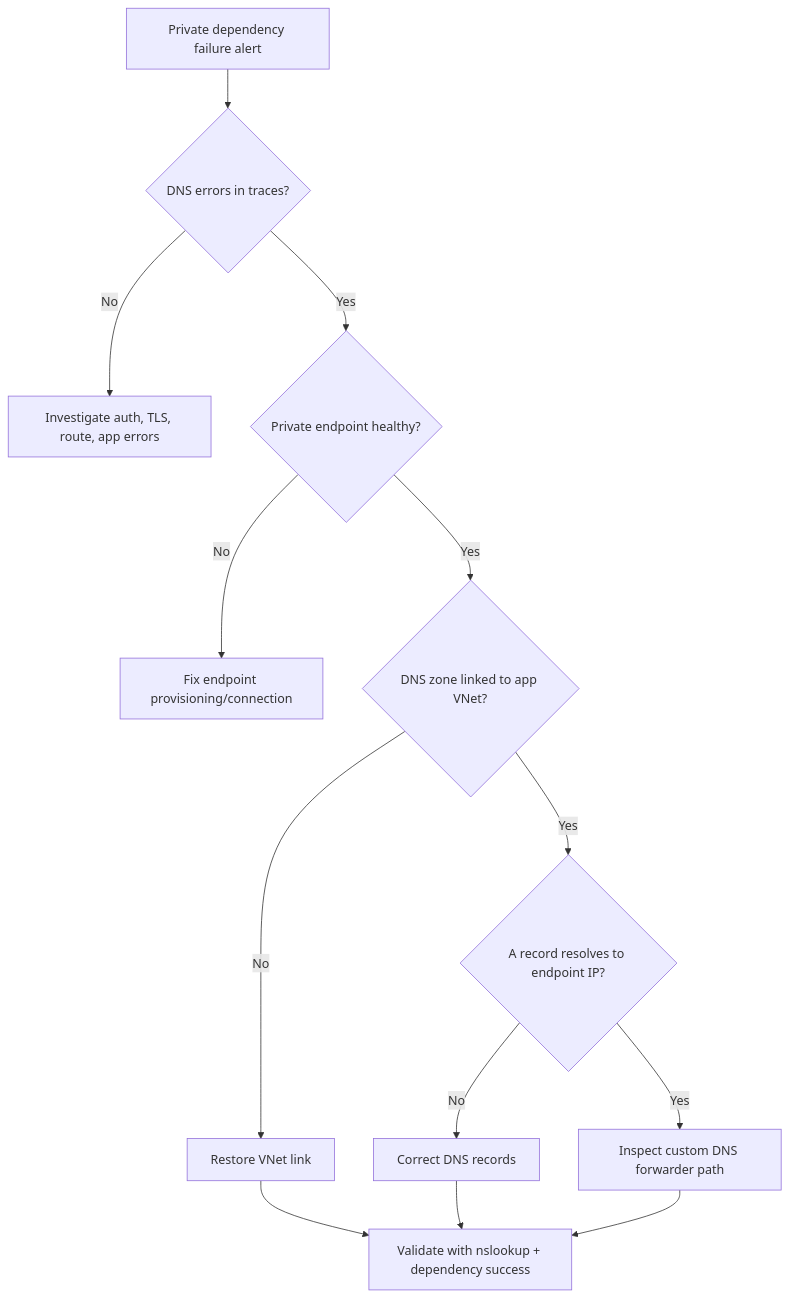
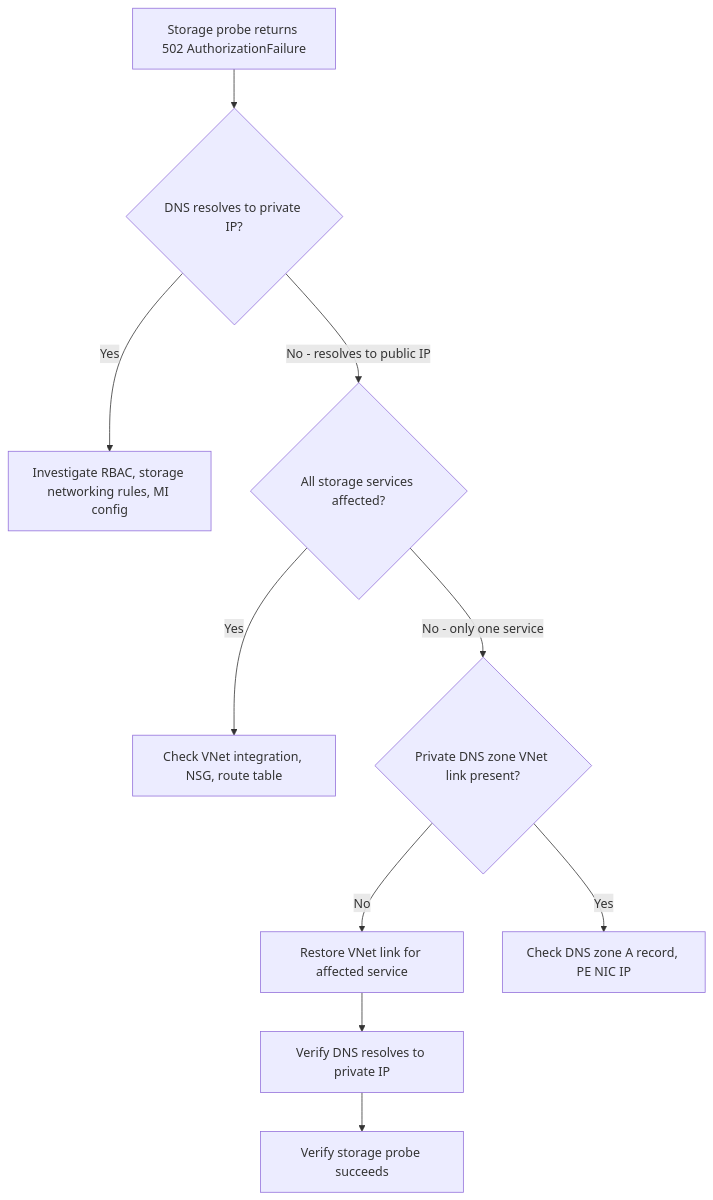
One commit to yeongseon/azure-functions-practical-guide changed the fourth of 5 diagrams in docs/troubleshooting/lab-guides/dns-vnet-resolution.md. Above: the diagram before and after it, drawn with Mermaid. The commit also changed other lines of this file and 21 other files, not shown here.

````diff
--- a/docs/troubleshooting/lab-guides/dns-vnet-resolution.md
+++ b/docs/troubleshooting/lab-guides/dns-vnet-resolution.md
@@ -566,15 +434,12 @@
 ```mermaid
 flowchart TD
-    A[Private dependency failure alert] --> B{DNS errors in traces?}
-    B -->|No| C[Investigate auth, TLS, route, app errors]
-    B -->|Yes| D{Private endpoint healthy?}
-    D -->|No| E[Fix endpoint provisioning/connection]
-    D -->|Yes| F{DNS zone linked to app VNet?}
-    F -->|No| G[Restore VNet link]
-    F -->|Yes| H{A record resolves to endpoint IP?}
-    H -->|No| I[Correct DNS records]
-    H -->|Yes| J[Inspect custom DNS forwarder path]
-    G --> K[Validate with nslookup + dependency success]
-    I --> K
-    J --> K
+    A[Storage probe returns 502 AuthorizationFailure] --> B{DNS resolves to private IP?}
+    B -->|Yes| C[Investigate RBAC, storage networking rules, MI config]
+    B -->|No - resolves to public IP| D{All storage services affected?}
+    D -->|Yes| E[Check VNet integration, NSG, route table]
+    D -->|No - only one service| F{Private DNS zone VNet link present?}
+    F -->|No| G[Restore VNet link for affected service]
+    F -->|Yes| H[Check DNS zone A record, PE NIC IP]
+    G --> I[Verify DNS resolves to private IP]
+    I --> J[Verify storage probe succeeds]
 ```
````
